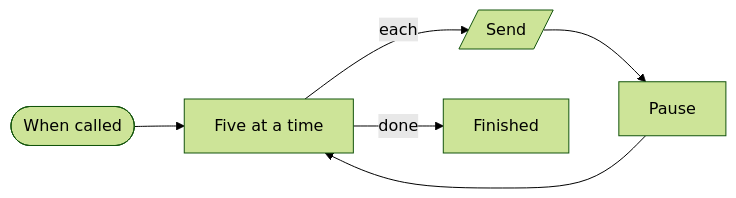
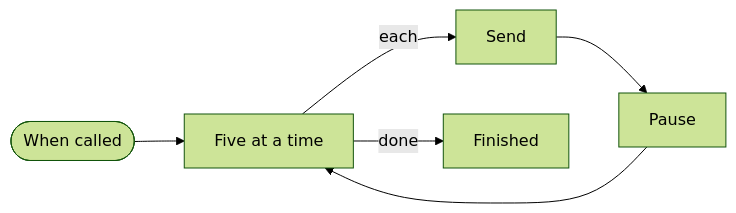
The third of 4 diagrams in blocks/lists/README.md (kimjoshuadr/n8n-workflows), drawn with Mermaid (forest theme) before and after one commit. The commit also changed other lines of this file and 184 other files, not shown here.

Commit message:
Finish the move to named platforms: blocks, BambooHR, generated README, schema and platform marks

````diff
--- a/blocks/lists/README.md
+++ b/blocks/lists/README.md
@@ -72,13 +66,13 @@
 ```mermaid
 flowchart LR
   nxyuboc(["When called"])
   nrg1xgy["Five at a time"]
-  n5dpnz[/"Send"/]
+  n5dpnz["Send"]
   n4l3bjj["Pause"]
   n1st2q3d["Finished"]
   nxyuboc --> nrg1xgy
   nrg1xgy -->|done| n1st2q3d
   nrg1xgy -->|each| n5dpnz
   n5dpnz --> n4l3bjj
   n4l3bjj --> nrg1xgy
 ```
````
